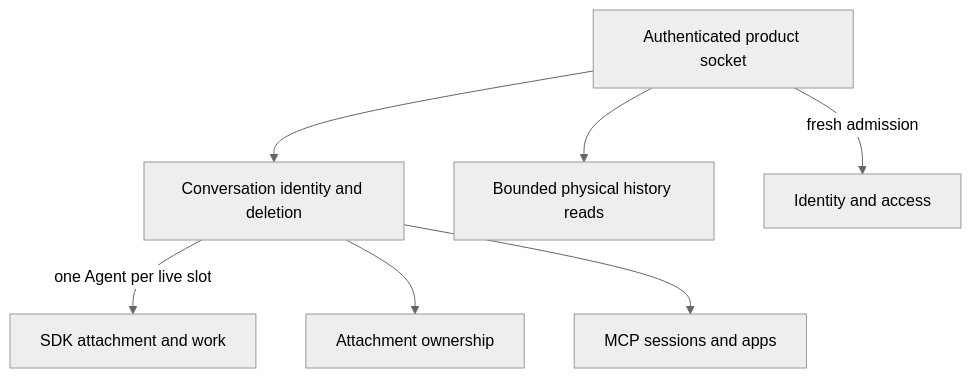
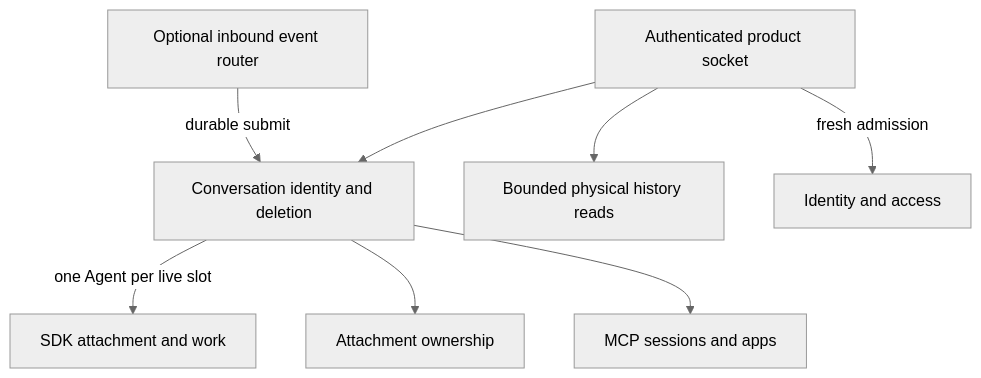
Before and after one commit to nessalabs/nessa-agent: the diagram in docs/state/services/gateway/README.md, drawn with Mermaid (neutral theme). The commit also changed other lines of this file and 20 other files, not shown here.

````diff
--- a/docs/state/services/gateway/README.md
+++ b/docs/state/services/gateway/README.md
@@ -32,16 +33,18 @@
 ```mermaid
 flowchart TB
     Product[Authenticated product socket]
     Conversations[Conversation identity and deletion]
     SDK[SDK attachment and work]
     Reads[Bounded physical history reads]
     Attachments[Attachment ownership]
     MCP[MCP sessions and apps]
     Auth[Identity and access]
+    Events[Optional inbound event router]
+    Events -->|durable submit| Conversations
     Product -->|fresh admission| Auth
     Product --> Conversations
     Product --> Reads
     Conversations -->|one Agent per live slot| SDK
     Conversations --> Attachments
     Conversations --> MCP
 ```
````
